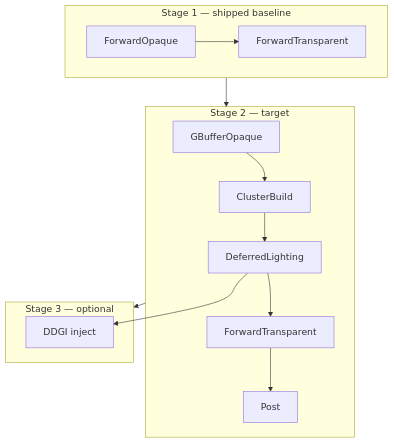
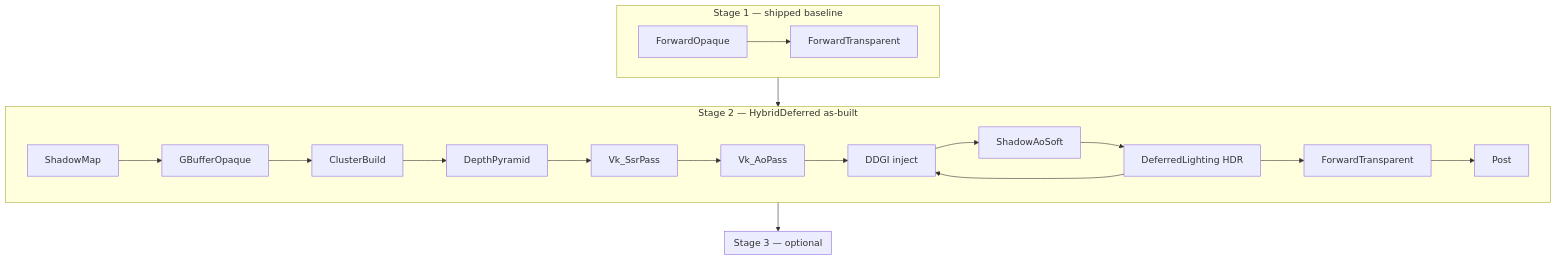
One commit to PluseggWill/SiriusEngine_VulkanReboot changed diagram 11 of 13 in Docs/EngineArchitecture.md. Above: the diagram before and after it, drawn with Mermaid. The commit also changed other lines of this file and 4 other files, not shown here.

````diff
--- a/Docs/EngineArchitecture.md
+++ b/Docs/EngineArchitecture.md
@@ -314,25 +314,31 @@
 ```mermaid
 flowchart TB
   subgraph STG1 [Stage 1 — shipped baseline]
     FO1[ForwardOpaque]
     FT1[ForwardTransparent]
     FO1 --> FT1
   end
 
-  subgraph STG2 [Stage 2 — target]
+  subgraph STG2 [Stage 2 — HybridDeferred as-built]
+    SH[ShadowMap]
     GB[GBufferOpaque]
     CL[ClusterBuild]
-    DL[DeferredLighting]
+    HIZ[DepthPyramid]
+    SSR[Vk_SsrPass]
+    AO[Vk_AoPass]
+    DDGI[DDGIProbeUpdate]
+    SAS[ShadowAoSoft]
+    DL[DeferredLighting HDR]
     FT2[ForwardTransparent]
     PO[Post]
-    GB --> CL --> DL --> FT2 --> PO
+    SH --> GB --> CL --> HIZ --> SSR --> AO --> DDGI --> SAS --> DL --> FT2 --> PO
   end
 
   subgraph STG3 [Stage 3 — optional]
     DDGI[DDGI inject]
     DL --> DDGI
   end
 
   STG1 --> STG2
   STG2 --> STG3
 ```
````
